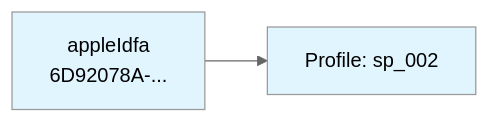
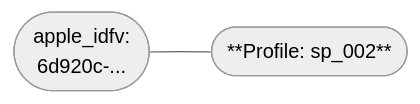
The third of 9 diagrams in docs/identities/concepts/index.md (snowplow/documentation), drawn with Mermaid (neutral theme) before and after one commit. The commit also changed other lines of this file and 2 other files, not shown here.

````diff
--- a/docs/identities/concepts/index.md
+++ b/docs/identities/concepts/index.md
@@ -122,11 +104,7 @@
 ```mermaid
 graph LR
-    C["appleIdfa
-    6D92078A-..."]
-    P2["Profile: sp_002"]
+    C(["apple_idfv:<br/>6d920c-..."])
+    P2(["**Profile: sp_002**"])
 
-    C --> P2
-
-    style C fill:#e1f5fe
-    style P2 fill:#e1f5fe
+    C --- P2
 ```
````
